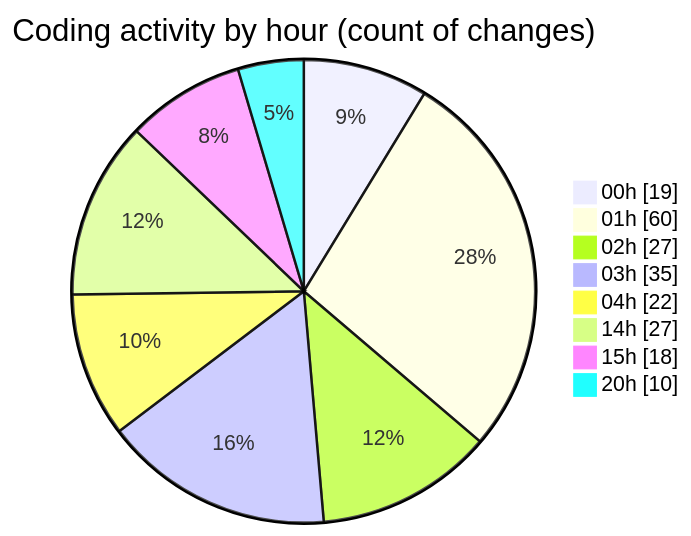
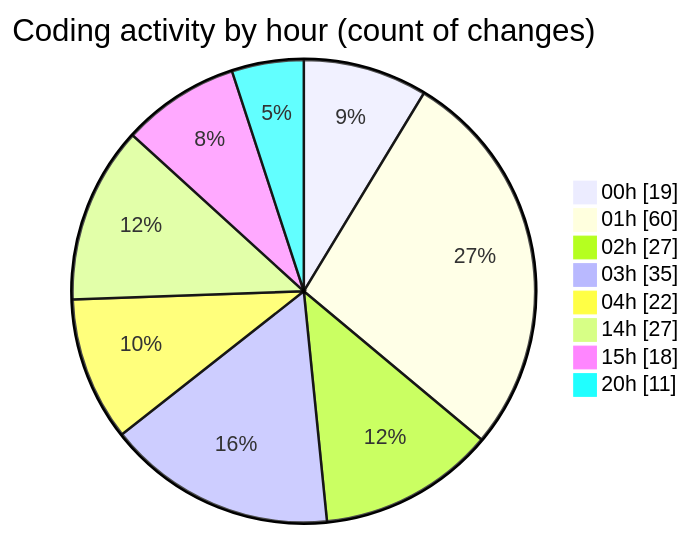
The second of 2 diagrams in 2025-07-25/quanlyrapchieuphim-1/README.md (lephambinh05/code-tracking), drawn with Mermaid before and after one commit. The commit also changed other lines of this file and 1 other file, not shown here.

````diff
--- a/2025-07-25/quanlyrapchieuphim-1/README.md
+++ b/2025-07-25/quanlyrapchieuphim-1/README.md
@@ -36,12 +36,12 @@
 ```mermaid
 pie showData
 title Coding activity by hour (count of changes)
 "00h" : 19
 "01h" : 60
 "02h" : 27
 "03h" : 35
 "04h" : 22
 "14h" : 27
 "15h" : 18
-"20h" : 10
+"20h" : 11
 ```
````
